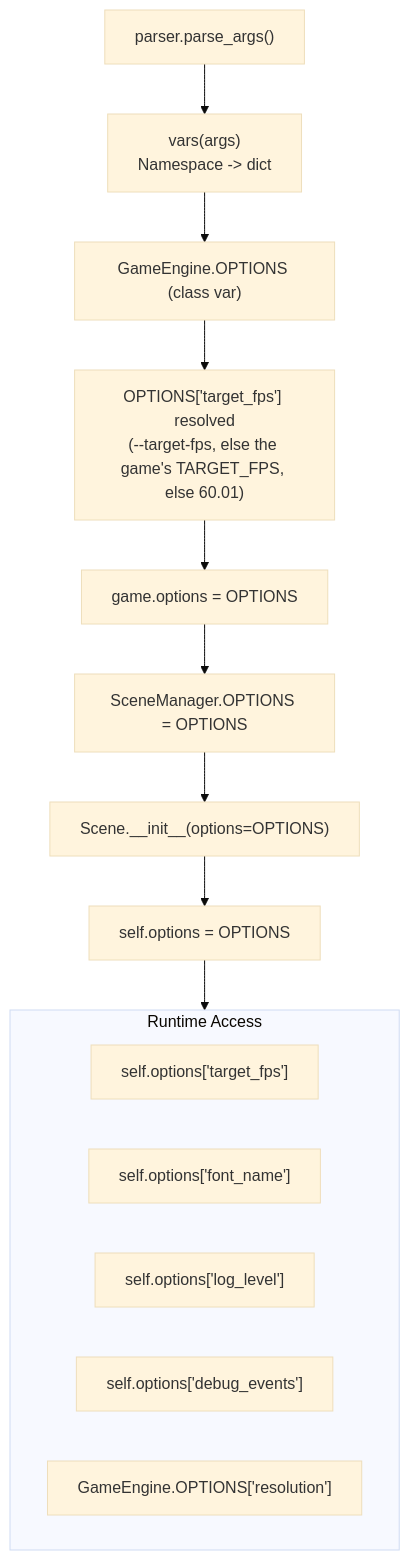
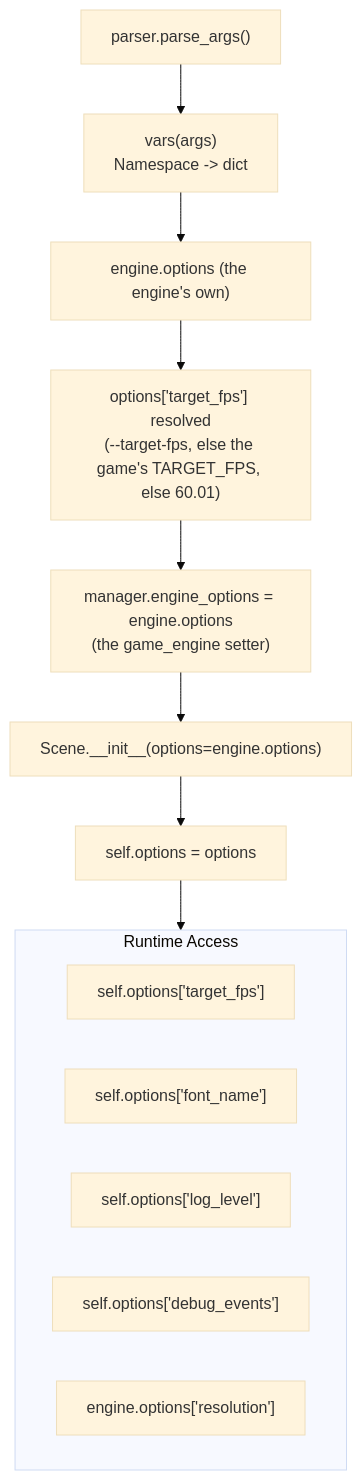
Before and after one commit to terrysimons/glitchygames: the fourth of 4 diagrams in docs/architecture/argument_system.md, drawn with Mermaid (base theme). The commit also changed other lines of this file and 26 other files, not shown here.

Commit message:
Docs: the engine's own state per context, the read-only views, and the guards

````diff
--- a/docs/architecture/argument_system.md
+++ b/docs/architecture/argument_system.md
@@ -133,21 +137,20 @@
 ```mermaid
 flowchart TD
     PARSE["parser.parse_args()"] --> VARS["vars(args)\nNamespace -> dict"]
-    VARS --> OPT["GameEngine.OPTIONS (class var)"]
+    VARS --> OPT["engine.options (the engine's own)"]
 
-    OPT --> FPS["OPTIONS['target_fps'] resolved\n(--target-fps, else the game's TARGET_FPS, else 60.01)"]
-    FPS --> BACKPROP["game.options = OPTIONS"]
-    BACKPROP --> SM_OPT["SceneManager.OPTIONS = OPTIONS"]
-    SM_OPT --> SCENE_INIT["Scene.__init__(options=OPTIONS)"]
-    SCENE_INIT --> SELF_OPT["self.options = OPTIONS"]
+    OPT --> FPS["options['target_fps'] resolved\n(--target-fps, else the game's TARGET_FPS, else 60.01)"]
+    FPS --> SM_OPT["manager.engine_options = engine.options\n(the game_engine setter)"]
+    SM_OPT --> SCENE_INIT["Scene.__init__(options=engine.options)"]
+    SCENE_INIT --> SELF_OPT["self.options = options"]
 
     subgraph Access["Runtime Access"]
         A1["self.options['target_fps']"]
         A2["self.options['font_name']"]
         A3["self.options['log_level']"]
         A4["self.options['debug_events']"]
-        A5["GameEngine.OPTIONS['resolution']"]
+        A5["engine.options['resolution']"]
     end
 
     SELF_OPT --> Access
 ```
````
